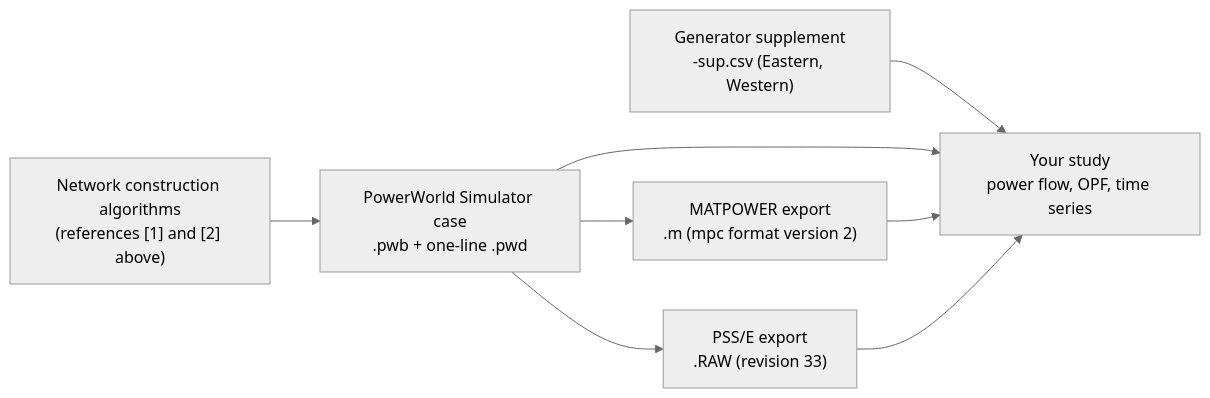
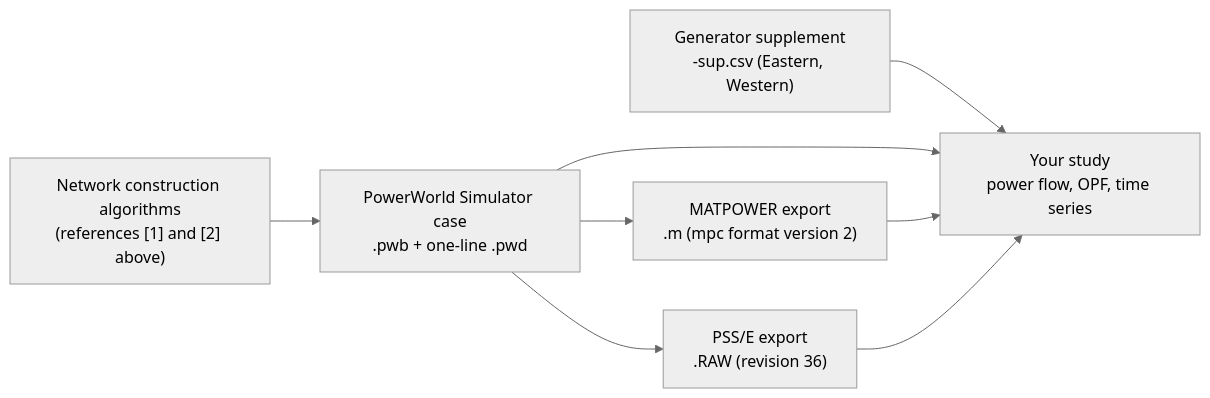
Before and after one commit to WISPO-POP/SyntheticElectricNetworkModels: the diagram in README.md, drawn with Mermaid (neutral theme). The commit also changed other lines of this file and 7 other files, not shown here.

````diff
--- a/README.md
+++ b/README.md
@@ -23,10 +23,10 @@
 ```mermaid
 flowchart LR
     A["Network construction algorithms<br/>(references [1] and [2] above)"] --> B["PowerWorld Simulator case<br/>.pwb + one-line .pwd"]
     B --> C["MATPOWER export<br/>.m (mpc format version 2)"]
-    B --> D["PSS/E export<br/>.RAW (revision 33)"]
+    B --> D["PSS/E export<br/>.RAW (revision 36)"]
     E["Generator supplement<br/>-sup.csv (Eastern, Western)"] --> F["Your study<br/>power flow, OPF, time series"]
     B --> F
     C --> F
     D --> F
 ```
````
